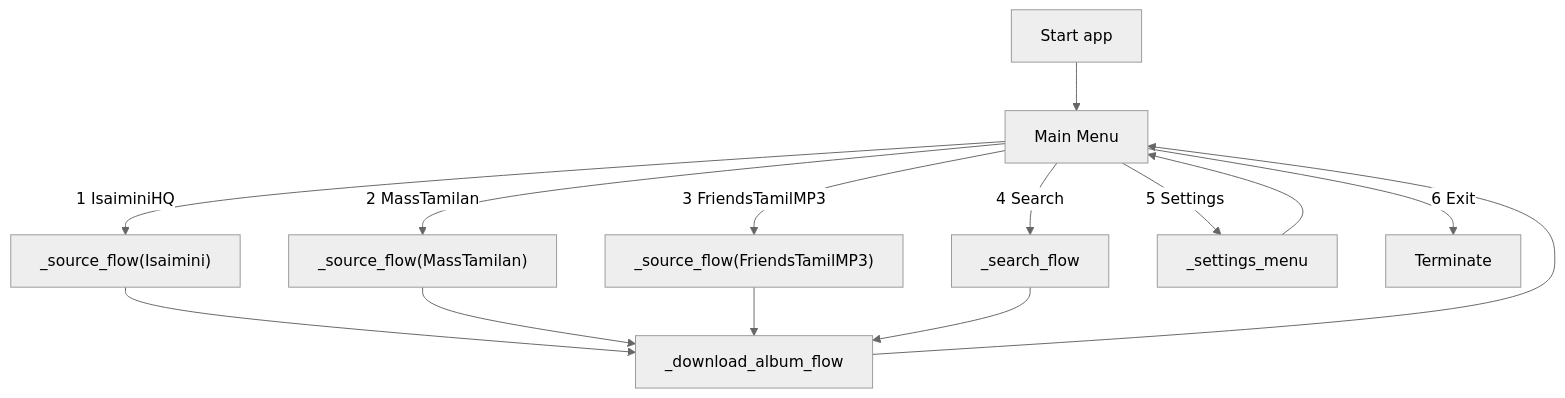
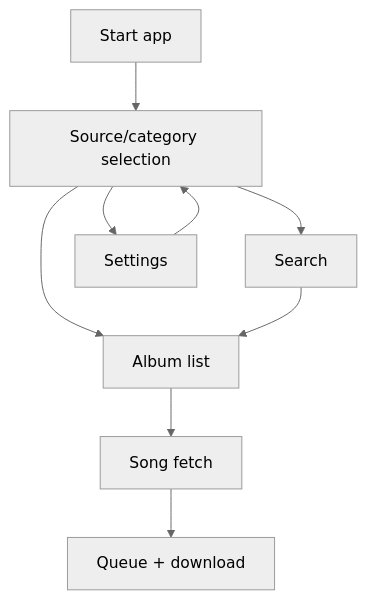
One commit to Praveen-Aj/tamil-mp3-downloader changed the fourth of 7 diagrams in ARCHITECTURE.md. Above: the diagram before and after it, drawn with Mermaid (neutral theme). The commit also changed other lines of this file and 44 other files, not shown here.

````diff
--- a/ARCHITECTURE.md
+++ b/ARCHITECTURE.md
@@ -147,17 +150,11 @@
 ```mermaid
 flowchart TD
-    A["Start app"] --> B["Main Menu"]
-    B -->|"1 IsaiminiHQ"| C["_source_flow(Isaimini)"]
-    B -->|"2 MassTamilan"| D["_source_flow(MassTamilan)"]
-    B -->|"3 FriendsTamilMP3"| E["_source_flow(FriendsTamilMP3)"]
-    B -->|"4 Search"| F["_search_flow"]
-    B -->|"5 Settings"| G["_settings_menu"]
-    B -->|"6 Exit"| H["Terminate"]
-
-    C --> I["_download_album_flow"]
-    D --> I
-    E --> I
-    F --> I
-    G --> B
-    I --> B
+  A["Start app"] --> B["Source/category selection"]
+  B --> C["Album list"]
+  C --> D["Song fetch"]
+  D --> E["Queue + download"]
+  B --> F["Search"]
+  F --> C
+  B --> G["Settings"]
+  G --> B
 ```
````
